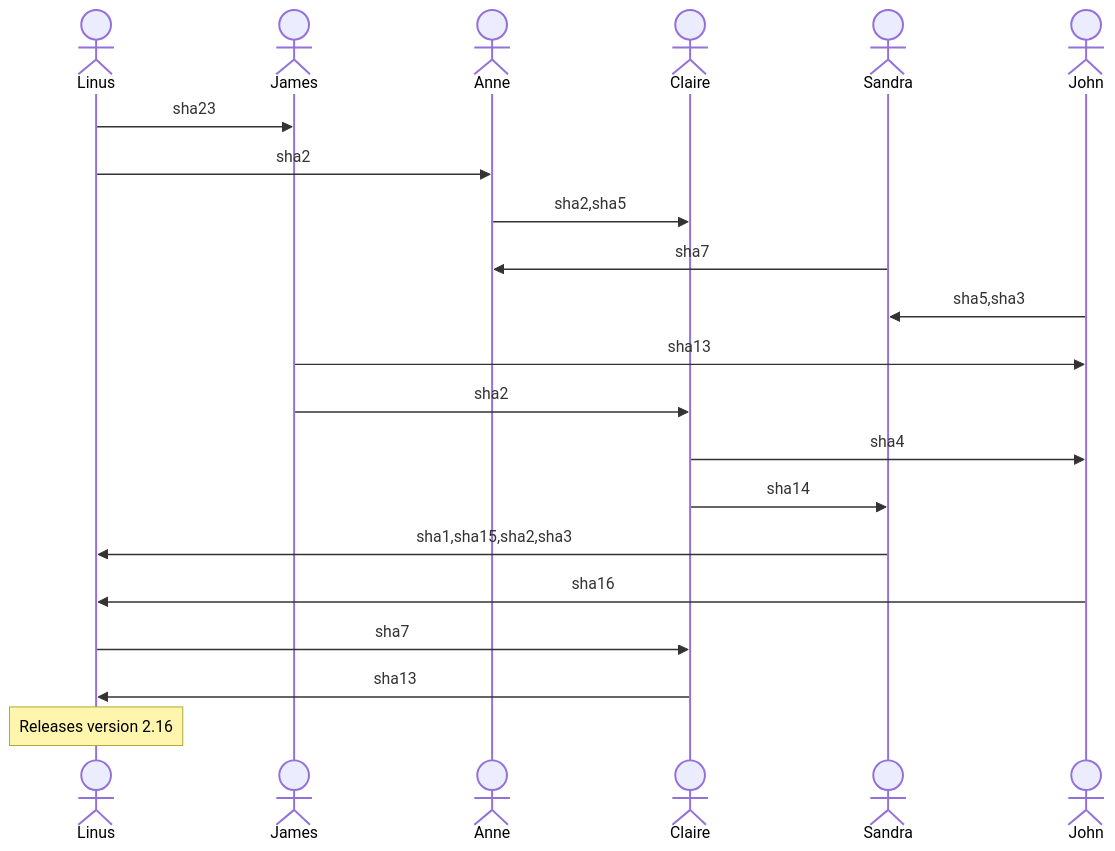
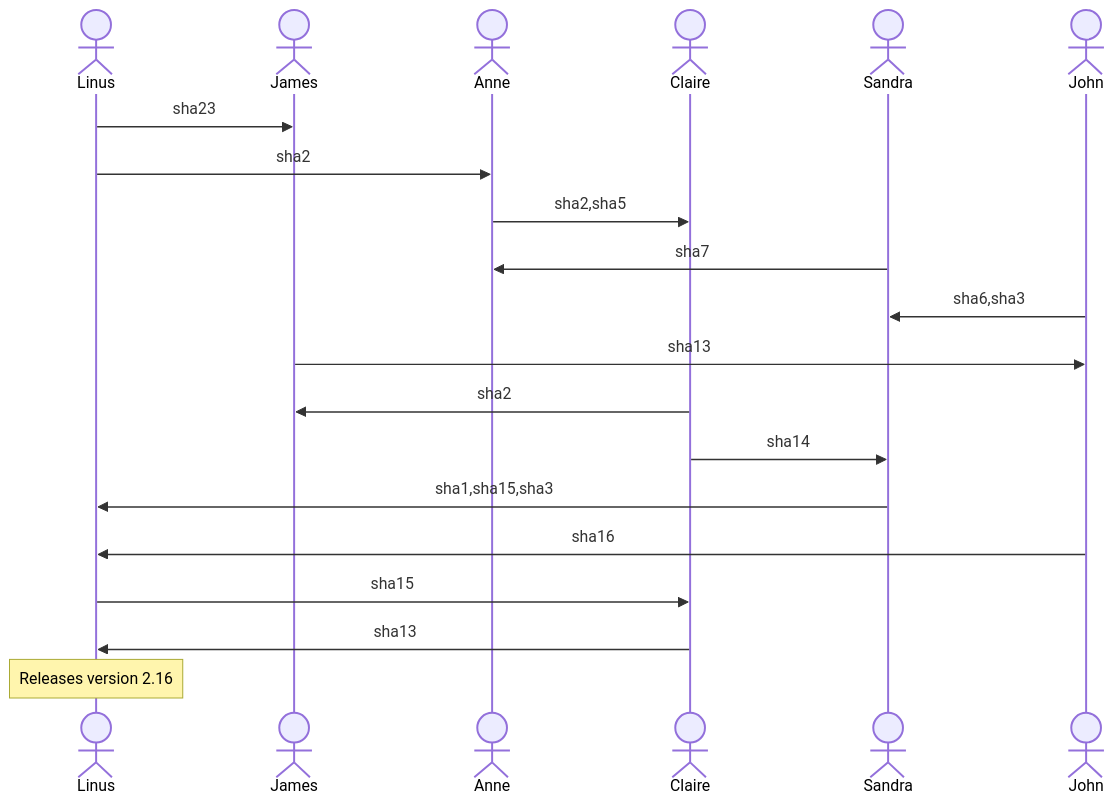
The first of 2 diagrams in lessons/5/lesson.md (reinhrst/nitwit2gitwit), drawn with Mermaid before and after one commit. The commit also changed other lines of this file, not shown here.

Commit message:
started lesson 5

```diff
--- a/lessons/5/lesson.md
+++ b/lessons/5/lesson.md
@@ -25,23 +26,22 @@
 <pre class="mermaid">
 sequenceDiagram
     actor Linus
     actor James
     actor Anne
     actor Claire
     actor Sandra
     actor John
     Linus ->> James: sha23
     Linus ->> Anne:  sha2
     Anne ->> Claire: sha2,sha5
     Sandra ->> Anne: sha7
-    John ->> Sandra: sha5,sha3
+    John ->> Sandra: sha6,sha3
     James ->> John: sha13
-    James ->> Claire: sha2
-    Claire ->> John: sha4
+    Claire ->> James: sha2
     Claire ->> Sandra: sha14
-    Sandra ->> Linus: sha1,sha15,sha2,sha3
+    Sandra ->> Linus: sha1,sha15,sha3
     John ->> Linus: sha16
-    Linus ->> Claire: sha7
+    Linus ->> Claire: sha15
     Claire ->> Linus: sha13
     Note over Linus: Releases version 2.16
 </pre>
```
